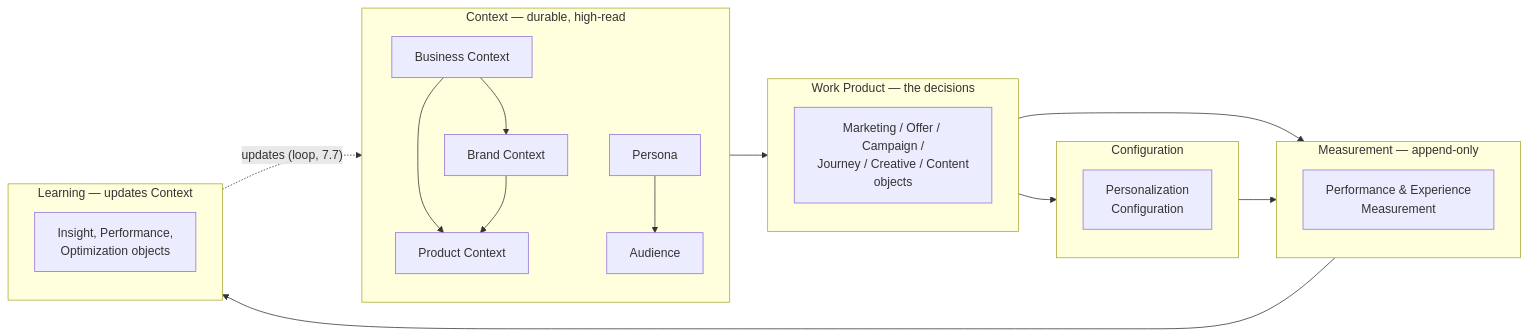
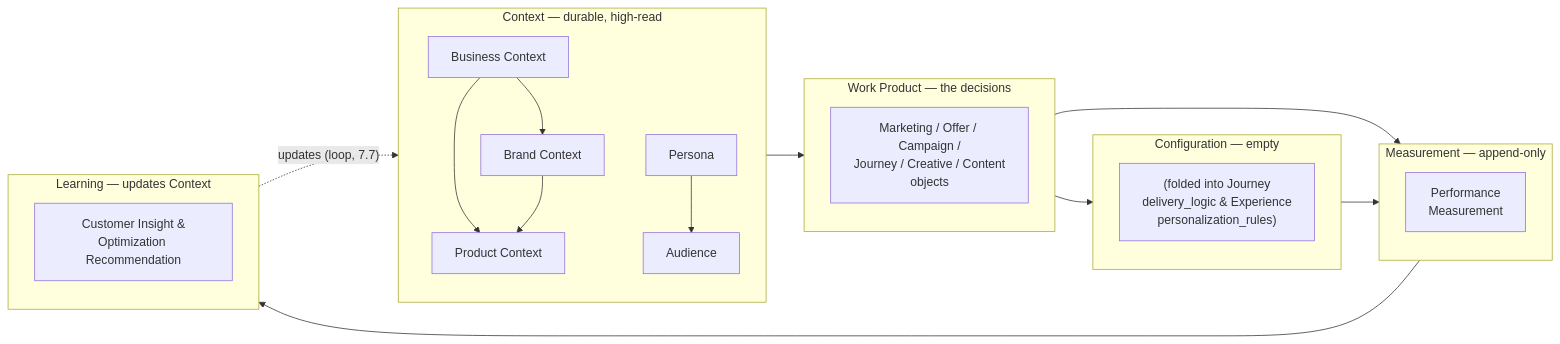
Before and after one commit to open-semantic-marketing-model/osmm: the diagram in RELATIONSHIPS.md, drawn with Mermaid. The commit also changed other lines of this file and 16 other files, not shown here.

````diff
--- a/RELATIONSHIPS.md
+++ b/RELATIONSHIPS.md
@@ -111,38 +117,38 @@
 ```mermaid
 flowchart LR
   subgraph CTX["Context — durable, high-read"]
     BIZ["Business Context"]
     BRC["Brand Context"]
     PRD["Product Context"]
     AUD["Audience"]
     PER["Persona"]
   end
 
   subgraph WP["Work Product — the decisions"]
     direction TB
     WPN["Marketing / Offer / Campaign /\nJourney / Creative / Content\nobjects"]
   end
 
-  subgraph CFG["Configuration"]
-    CFGN["Personalization\nConfiguration"]
+  subgraph CFG["Configuration — empty"]
+    CFGN["(folded into Journey\ndelivery_logic & Experience\npersonalization_rules)"]
   end
 
   subgraph MEAS["Measurement — append-only"]
-    MEASN["Performance &amp; Experience\nMeasurement"]
+    MEASN["Performance\nMeasurement"]
   end
 
   subgraph LRN["Learning — updates Context"]
-    LRNN["Insight, Performance,\nOptimization objects"]
+    LRNN["Customer Insight &amp;\nOptimization Recommendation"]
   end
 
   BIZ --> BRC
   BIZ --> PRD
   BRC --> PRD
   PER --> AUD
   CTX --> WP
   WP --> CFG
   WP --> MEAS
   CFG --> MEAS
   MEAS --> LRN
   LRN -. "updates (loop, 7.7)" .-> CTX
 ```
````
